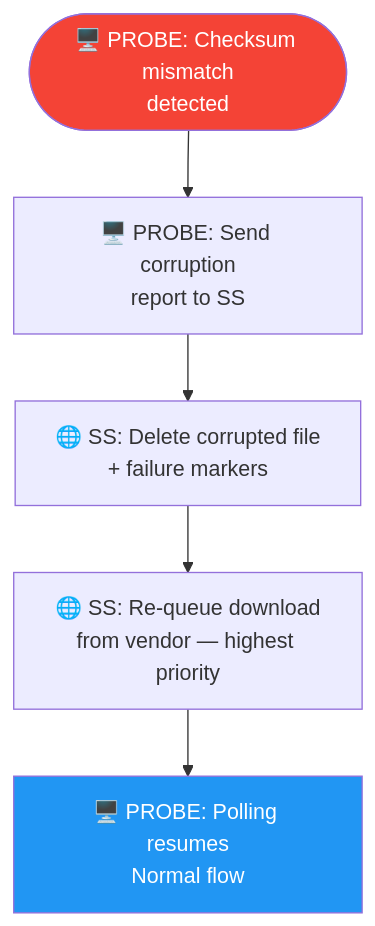
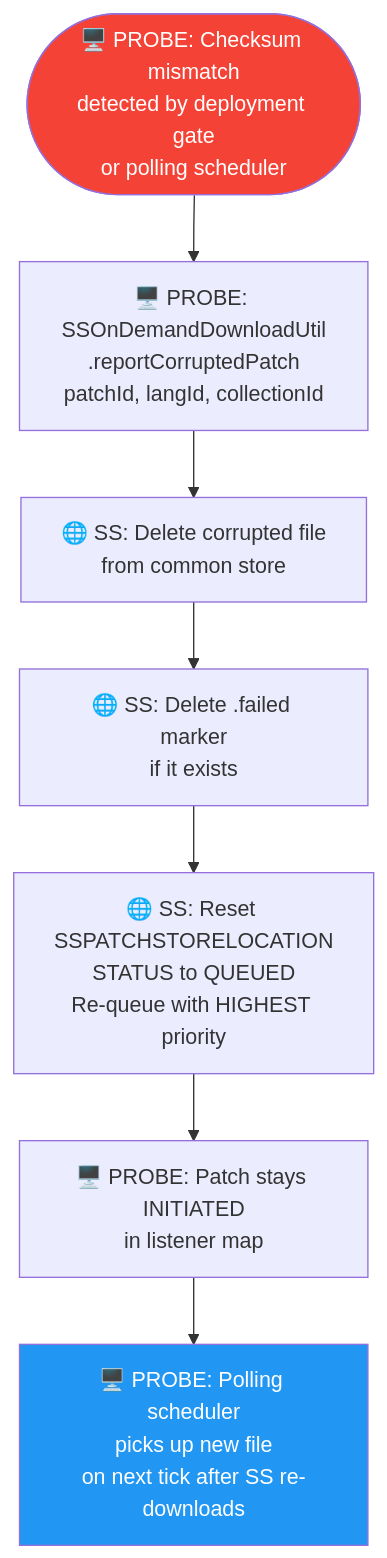
The eighth of 31 diagrams in use-case-diagrams.md (ranjithkumar-a-23525/RebaseEx), drawn with Mermaid before and after one commit. The commit also changed other lines of this file, not shown here.

````diff
--- a/use-case-diagrams.md
+++ b/use-case-diagrams.md
@@ -163,10 +183,12 @@
 ```mermaid
 flowchart TD
-    A(["🖥️ PROBE: Checksum mismatch<br/>detected"]) --> B["🖥️ PROBE: Send corruption<br/>report to SS"]
-    B --> C["🌐 SS: Delete corrupted file<br/>+ failure markers"]
-    C --> D["🌐 SS: Re-queue download<br/>from vendor — highest priority"]
-    D --> E["🖥️ PROBE: Polling resumes<br/>Normal flow"]
+    A(["🖥️ PROBE: Checksum mismatch<br/>detected by deployment gate<br/>or polling scheduler"]) --> B["🖥️ PROBE: SSOnDemandDownloadUtil<br/>.reportCorruptedPatch<br/>patchId, langId, collectionId"]
+    B --> C["🌐 SS: Delete corrupted file<br/>from common store"]
+    C --> D["🌐 SS: Delete .failed marker<br/>if it exists"]
+    D --> E["🌐 SS: Reset SSPATCHSTORELOCATION<br/>STATUS to QUEUED<br/>Re-queue with HIGHEST priority"]
+    E --> F["🖥️ PROBE: Patch stays INITIATED<br/>in listener map"]
+    F --> G["🖥️ PROBE: Polling scheduler<br/>picks up new file<br/>on next tick after SS re-downloads"]
 
     style A fill:#f44336,color:#fff
-    style E fill:#2196F3,color:#fff
+    style G fill:#2196F3,color:#fff
 ```
````
